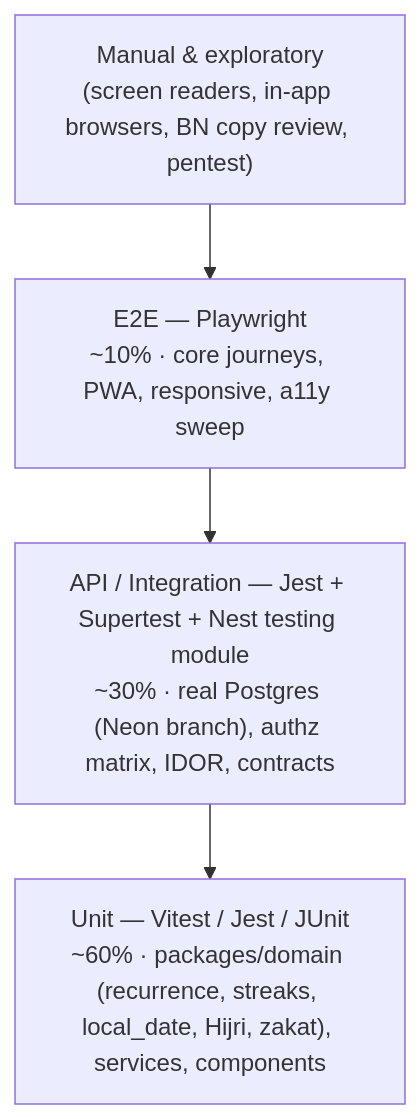
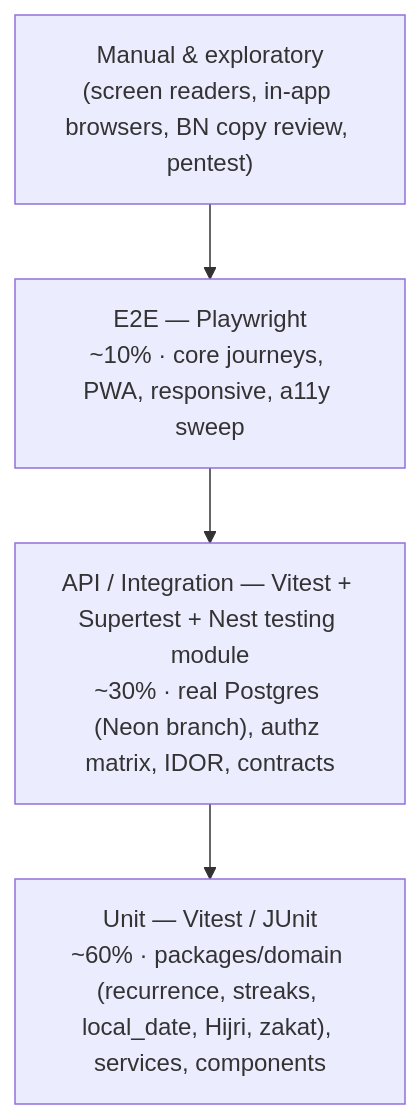
Before and after one commit to RuhulAminDSi/daily-good-deeds: the diagram in docs/qa/QA_STRATEGY.md, drawn with Mermaid. The commit also changed other lines of this file and 32 other files, not shown here.

First line of the commit message:
T-P2-PLAT-002: NestJS API skeleton

````diff
--- a/docs/qa/QA_STRATEGY.md
+++ b/docs/qa/QA_STRATEGY.md
@@ -17,8 +17,8 @@
 ```mermaid
 flowchart TB
   M["Manual & exploratory<br/>(screen readers, in-app browsers, BN copy review, pentest)"]
   E["E2E — Playwright<br/>~10% · core journeys, PWA, responsive, a11y sweep"]
-  A["API / Integration — Jest + Supertest + Nest testing module<br/>~30% · real Postgres (Neon branch), authz matrix, IDOR, contracts"]
-  U["Unit — Vitest / Jest / JUnit<br/>~60% · packages/domain (recurrence, streaks, local_date, Hijri, zakat), services, components"]
+  A["API / Integration — Vitest + Supertest + Nest testing module<br/>~30% · real Postgres (Neon branch), authz matrix, IDOR, contracts"]
+  U["Unit — Vitest / JUnit<br/>~60% · packages/domain (recurrence, streaks, local_date, Hijri, zakat), services, components"]
   M --> E --> A --> U
 ```
````
